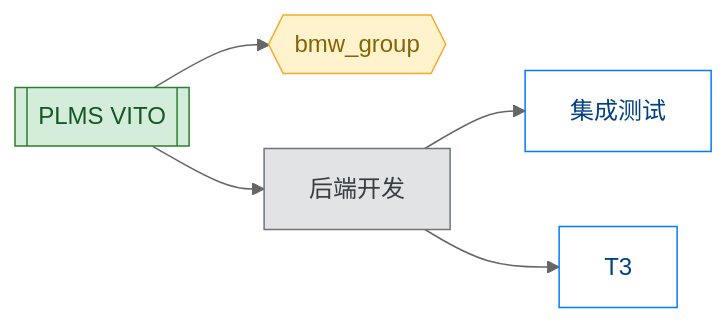
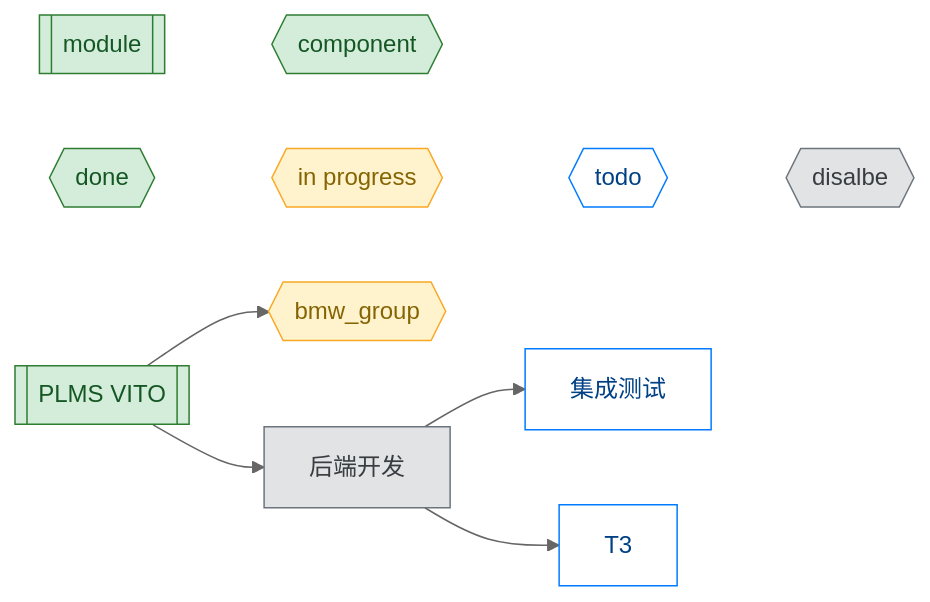
The diagram in README.md (ouyuran/mermaid-test), drawn with Mermaid (neutral theme) before and after one commit.

````diff
--- a/README.md
+++ b/README.md
@@ -2,22 +2,26 @@
 ```mermaid
 graph LR
+    module[[module]]:::done ~~~ component{{component}}:::done
+    done{{done}}:::done ~~~ in_progress{{in progress}}:::in_progress ~~~ todo{{todo}}:::todo ~~~ disable{{disalbe}}:::disable
+
     T1[["PLMS VITO"]]
     T1 --> T2{{bmw_group}}
     %% T2 --> T3{{"前端开发"}}
     T1 --> T4["后端开发"]
     T4 --> T5["集成测试"]
     T4 --> T3
 
-    click T3 "https://www.baidu.com" _blank
+
+    click T3 "https://www.github.com"
 
     class T1 done
     class T2 in_progress
     class T3 todo
     class T4 disable
     class T5 todo
 
     classDef done fill:#d4edda,stroke:#2e7d32,color:#155724
     classDef in_progress fill:#fff3cd,stroke:#f9a825,color:#856404
     classDef disable fill:#e2e3e5,stroke:#6c757d,color:#383d41
     classDef todo fill:#fff,stroke:#007bff,color:#004085
 ```
````
